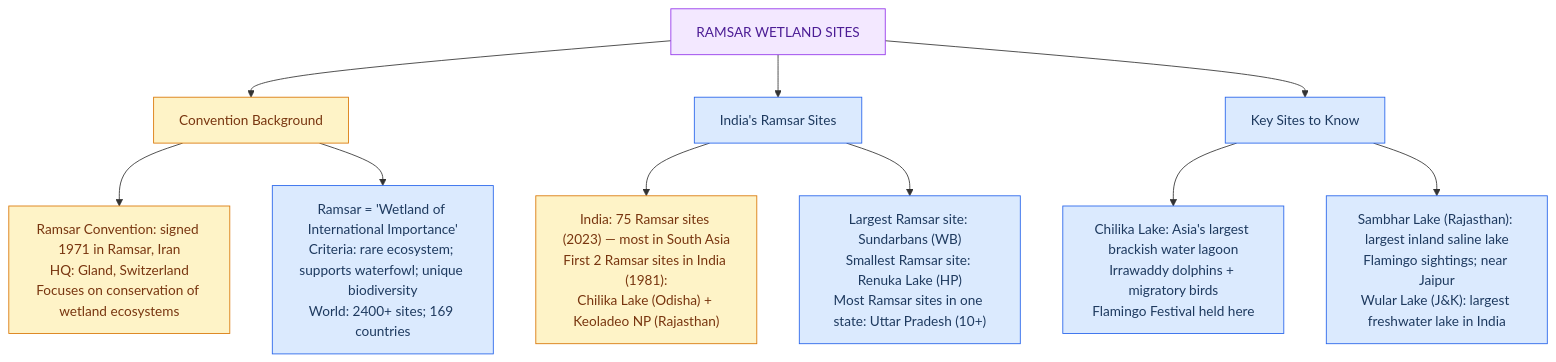
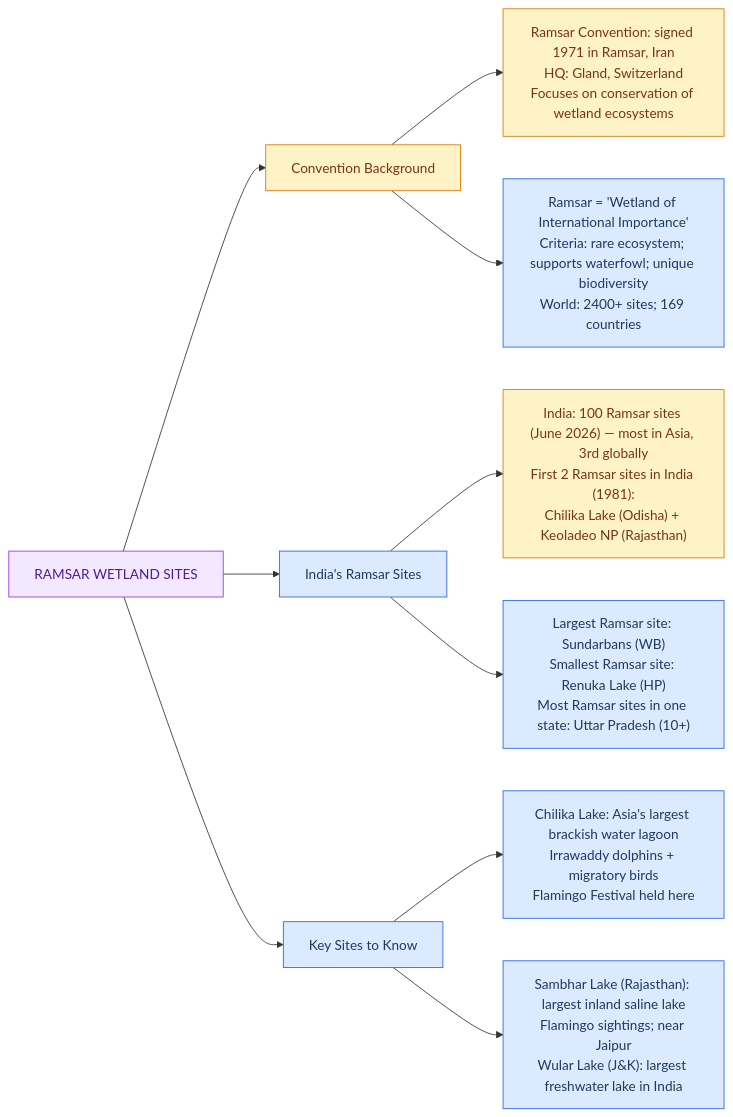
Before and after one commit to bhanuprakash13579/pariksha365: the tenth of 19 diagrams in backend/seeds/study_notes/environment.md, drawn with Mermaid. The commit also changed other lines of this file and 772 other files, not shown here.

```diff
--- a/backend/seeds/study_notes/environment.md
+++ b/backend/seeds/study_notes/environment.md
@@ -711,18 +733,18 @@
 <div class="mermaid">
-flowchart TD
+flowchart LR
     R["RAMSAR WETLAND SITES"]:::root
     R --> CO["Convention Background"]:::date
     R --> IN["India's Ramsar Sites"]:::key
     R --> KS["Key Sites to Know"]:::key
     CO --> CO1["Ramsar Convention: signed 1971 in Ramsar, Iran<br>HQ: Gland, Switzerland<br>Focuses on conservation of wetland ecosystems"]:::date
     CO --> CO2["Ramsar = 'Wetland of International Importance'<br>Criteria: rare ecosystem; supports waterfowl; unique biodiversity<br>World: 2400+ sites; 169 countries"]:::key
-    IN --> IN1["India: 75 Ramsar sites (2023) — most in South Asia<br>First 2 Ramsar sites in India (1981):<br>Chilika Lake (Odisha) + Keoladeo NP (Rajasthan)"]:::date
+    IN --> IN1["India: 100 Ramsar sites (June 2026) — most in Asia, 3rd globally<br>First 2 Ramsar sites in India (1981):<br>Chilika Lake (Odisha) + Keoladeo NP (Rajasthan)"]:::date
     IN --> IN2["Largest Ramsar site: Sundarbans (WB)<br>Smallest Ramsar site: Renuka Lake (HP)<br>Most Ramsar sites in one state: Uttar Pradesh (10+)"]:::key
     KS --> KS1["Chilika Lake: Asia's largest brackish water lagoon<br>Irrawaddy dolphins + migratory birds<br>Flamingo Festival held here"]:::key
     KS --> KS2["Sambhar Lake (Rajasthan): largest inland saline lake<br>Flamingo sightings; near Jaipur<br>Wular Lake (J&K): largest freshwater lake in India"]:::key
     classDef key fill:#dbeafe,stroke:#2563eb,color:#1e3a5f
     classDef trap fill:#fee2e2,stroke:#dc2626,color:#7f1d1d
     classDef date fill:#fef3c7,stroke:#d97706,color:#78350f
     classDef proc fill:#dcfce7,stroke:#16a34a,color:#14532d
     classDef root fill:#f3e8ff,stroke:#9333ea,color:#4c1d95
 </div>
```
